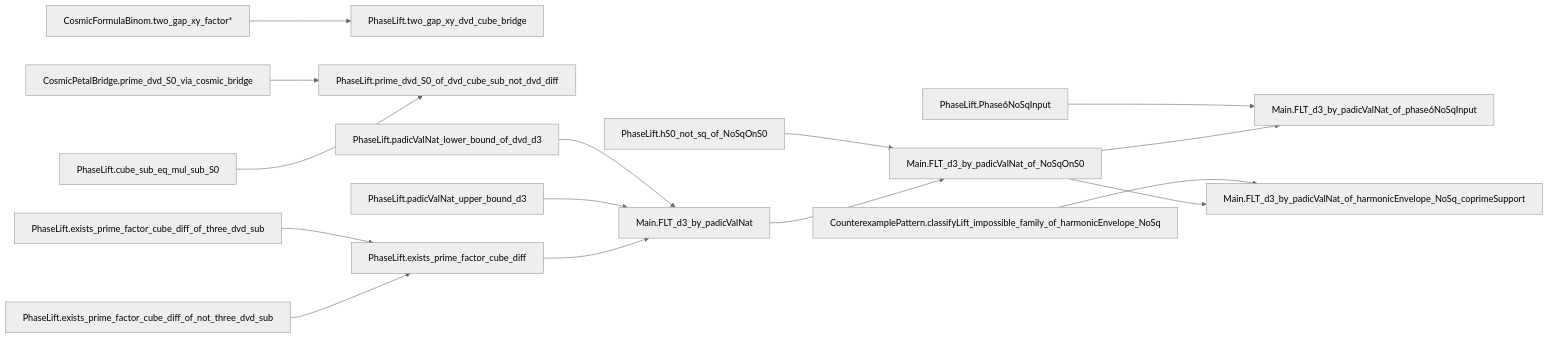
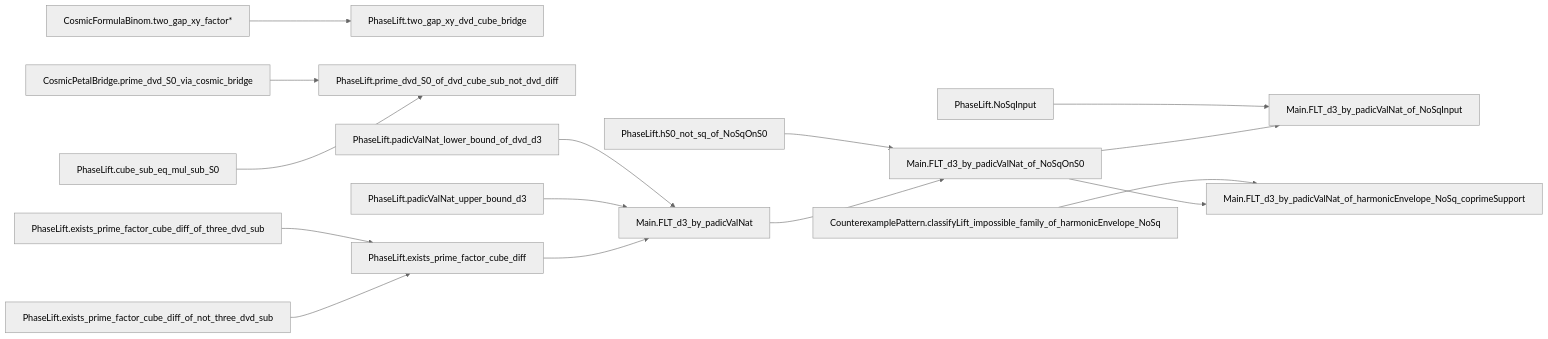
One commit to Deskuma/dkmath changed the diagram in lean/dk_math/DkMath/FLT/README.md. Above: the diagram before and after it, drawn with Mermaid (neutral theme). The commit also changed other lines of this file and 214 other files, not shown here.

````diff
--- a/lean/dk_math/DkMath/FLT/README.md
+++ b/lean/dk_math/DkMath/FLT/README.md
@@ -56,17 +112,17 @@
 ```mermaid
 graph LR
   A["CosmicFormulaBinom.two_gap_xy_factor*"] --> B["PhaseLift.two_gap_xy_dvd_cube_bridge"]
   C["CosmicPetalBridge.prime_dvd_S0_via_cosmic_bridge"] --> D["PhaseLift.prime_dvd_S0_of_dvd_cube_sub_not_dvd_diff"]
   E["PhaseLift.cube_sub_eq_mul_sub_S0"] --> D
   F["PhaseLift.exists_prime_factor_cube_diff_of_three_dvd_sub"] --> G["PhaseLift.exists_prime_factor_cube_diff"]
   H["PhaseLift.exists_prime_factor_cube_diff_of_not_three_dvd_sub"] --> G
   I["PhaseLift.padicValNat_lower_bound_of_dvd_d3"] --> J["Main.FLT_d3_by_padicValNat"]
   K["PhaseLift.padicValNat_upper_bound_d3"] --> J
   G --> J
   L["PhaseLift.hS0_not_sq_of_NoSqOnS0"] --> M["Main.FLT_d3_by_padicValNat_of_NoSqOnS0"]
   J --> M
-  N["PhaseLift.Phase6NoSqInput"] --> O["Main.FLT_d3_by_padicValNat_of_phase6NoSqInput"]
+  N["PhaseLift.NoSqInput"] --> O["Main.FLT_d3_by_padicValNat_of_NoSqInput"]
   M --> O
   P["CounterexamplePattern.classifyLift_impossible_family_of_harmonicEnvelope_NoSq"] --> Q["Main.FLT_d3_by_padicValNat_of_harmonicEnvelope_NoSq_coprimeSupport"]
   M --> Q
 ```
````
